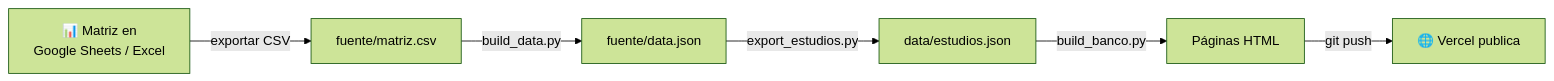
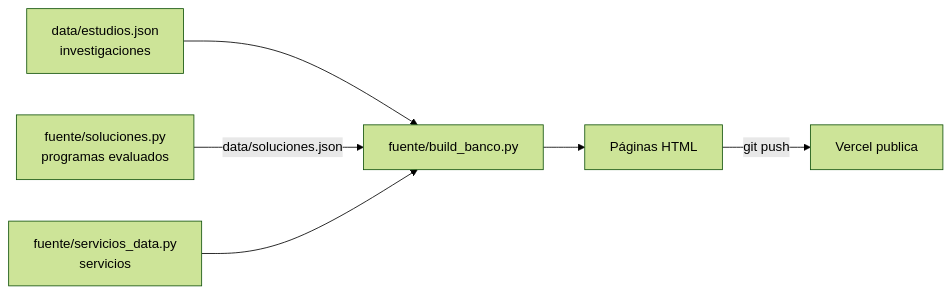
One commit to aotero1703/mapa-evidencias-mimp changed the second of 2 diagrams in README.md. Above: the diagram before and after it, drawn with Mermaid (forest theme). The commit also changed other lines of this file and 3 other files, not shown here.

First line of the commit message:
Sincroniza el repositorio con el sitio: README actualizado, generador con los cambios hechos en evidencia.html y base de estudios protegida

````diff
--- a/README.md
+++ b/README.md
@@ -143,8 +108,8 @@
 ```mermaid
 flowchart LR
-    X["📊 Matriz en<br/>Google Sheets / Excel"] -->|exportar CSV| C["fuente/matriz.csv"]
-    C -->|build_data.py| J["fuente/data.json"]
-    J -->|export_estudios.py| E["data/estudios.json"]
-    E -->|build_banco.py| H["Páginas HTML"]
-    H -->|git push| V["🌐 Vercel publica"]
+    J["data/estudios.json<br/>investigaciones"] --> B["fuente/build_banco.py"]
+    SO["fuente/soluciones.py<br/>programas evaluados"] -->|data/soluciones.json| B
+    SV["fuente/servicios_data.py<br/>servicios"] --> B
+    B --> H["Páginas HTML"]
+    H -->|git push| V["Vercel publica"]
 ```
````
